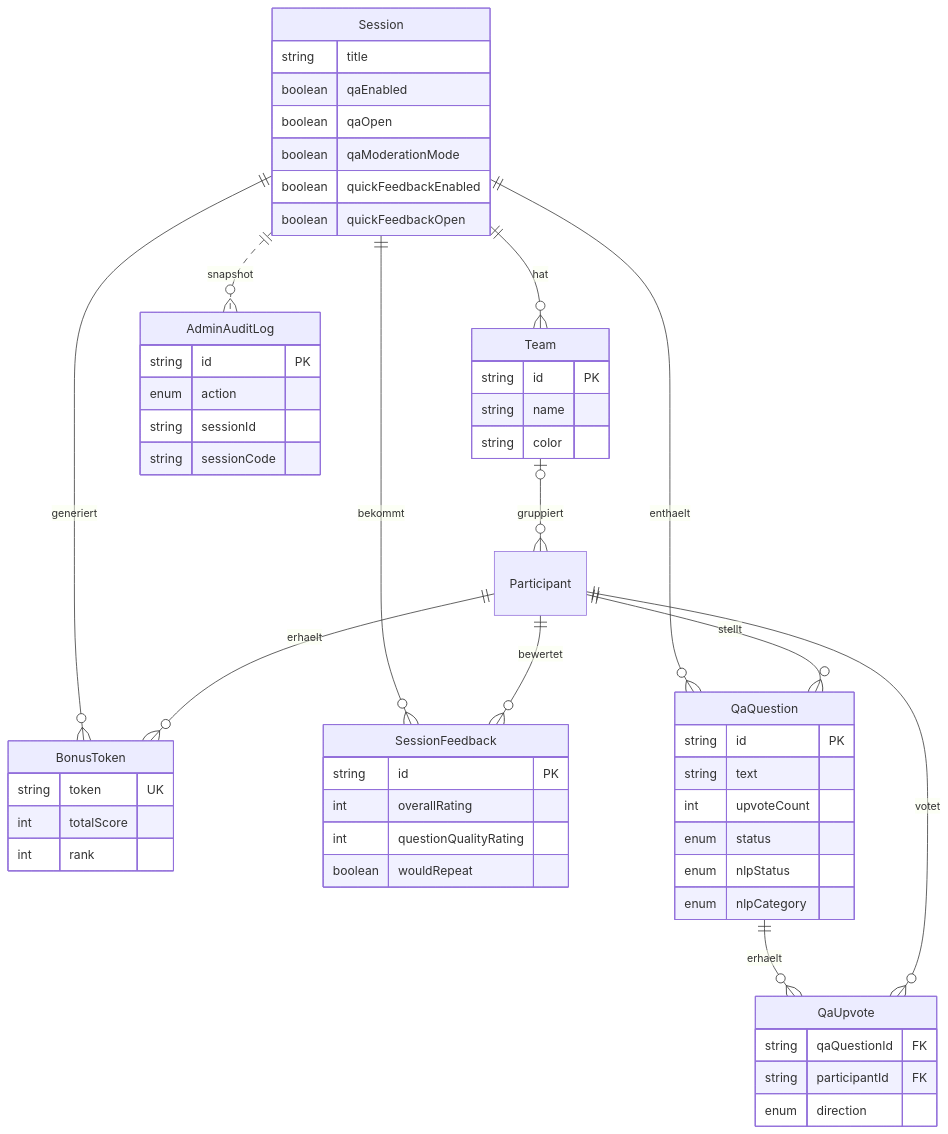
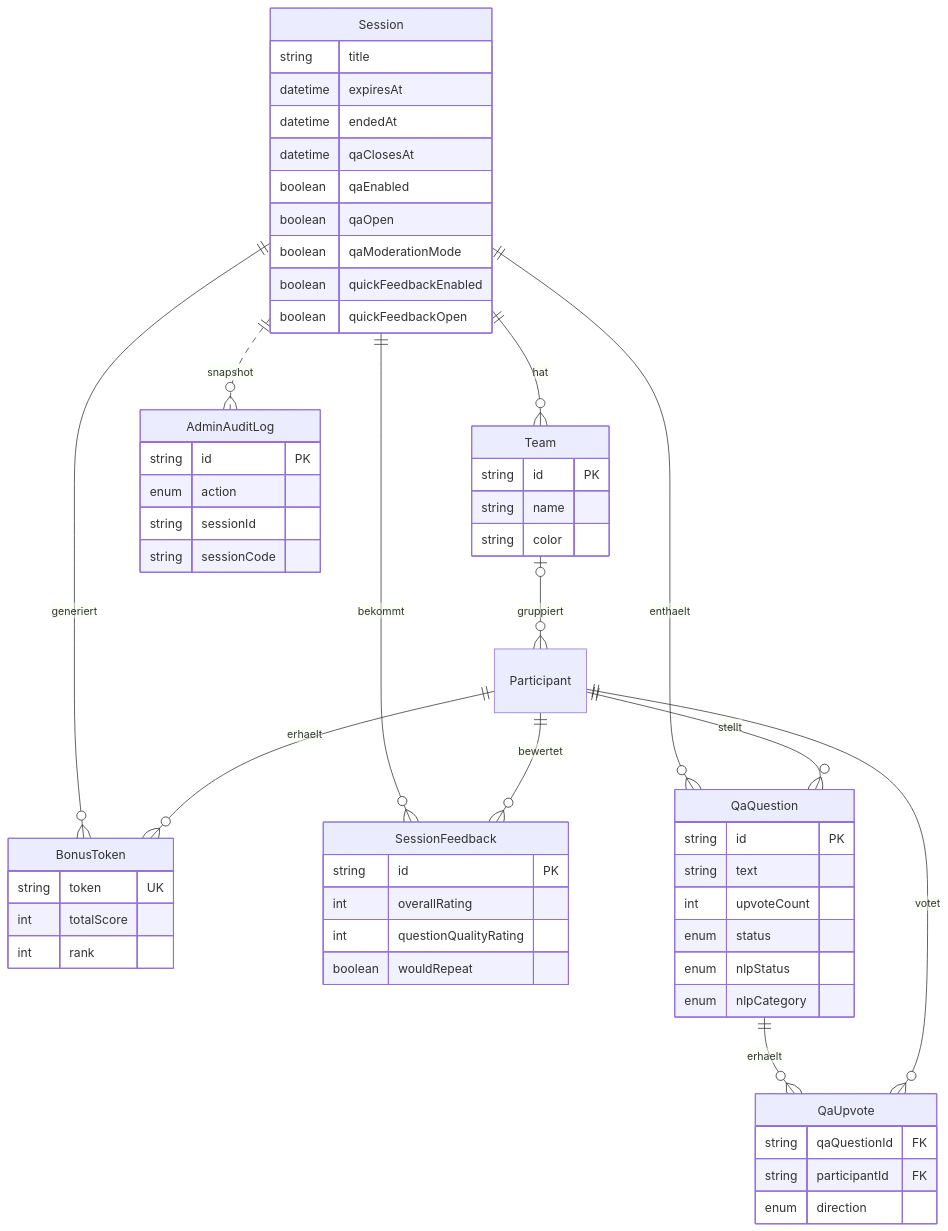
Before and after one commit to kqc-real/arsnova.eu: the tenth of 15 diagrams in docs/diagrams/architecture-overview.md, drawn with Mermaid. The commit also changed other lines of this file and 31 other files, not shown here.

````diff
--- a/docs/diagrams/architecture-overview.md
+++ b/docs/diagrams/architecture-overview.md
@@ -516,59 +531,62 @@
 ```mermaid
 %%{init: {'flowchart': {'nodeSpacing': 46, 'rankSpacing': 70, 'padding': 14}}}%%
 erDiagram
     Session ||--o{ Team : hat
     Team |o--o{ Participant : gruppiert
     Session ||--o{ BonusToken : generiert
     Participant ||--o{ BonusToken : erhaelt
     Session ||--o{ SessionFeedback : bekommt
     Participant ||--o{ SessionFeedback : bewertet
     Session ||--o{ QaQuestion : enthaelt
     Participant ||--o{ QaQuestion : stellt
     QaQuestion ||--o{ QaUpvote : erhaelt
     Participant ||--o{ QaUpvote : votet
     Session ||..o{ AdminAuditLog : snapshot
 
     Session {
         string title
+        datetime expiresAt
+        datetime endedAt
+        datetime qaClosesAt
         boolean qaEnabled
         boolean qaOpen
         boolean qaModerationMode
         boolean quickFeedbackEnabled
         boolean quickFeedbackOpen
     }
     Team {
         string id PK
         string name
         string color
     }
     BonusToken {
         string token UK
         int totalScore
         int rank
     }
     SessionFeedback {
         string id PK
         int overallRating
         int questionQualityRating
         boolean wouldRepeat
     }
     QaQuestion {
         string id PK
         string text
         int upvoteCount
         enum status
         enum nlpStatus
         enum nlpCategory
     }
     QaUpvote {
         string qaQuestionId FK
         string participantId FK
         enum direction
     }
     AdminAuditLog {
         string id PK
         enum action
         string sessionId
         string sessionCode
     }
 ```
````
